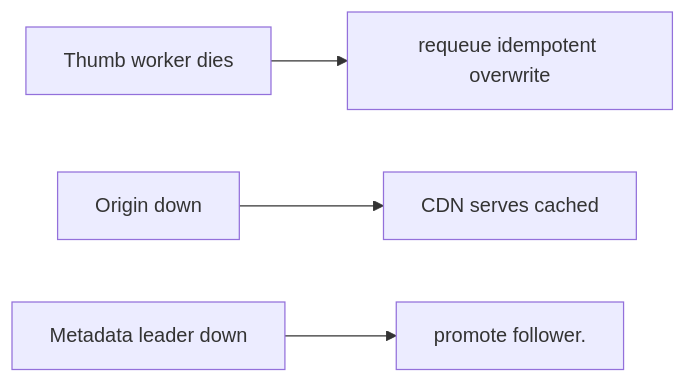
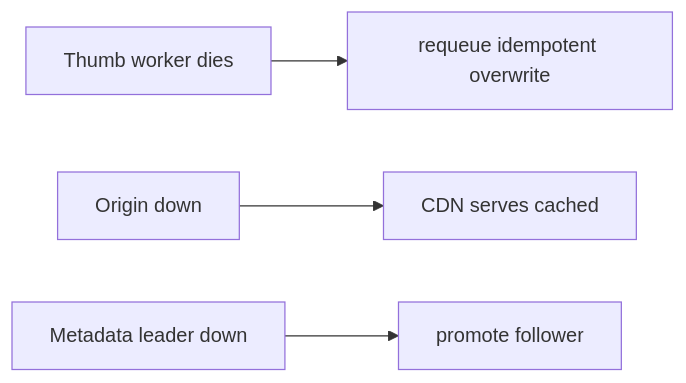
One commit to RIT-MESH/system-design-mastery changed the third of 3 diagrams in case-studies/intermediate/photo-sharing-platform.md. Above: the diagram before and after it, drawn with Mermaid. The commit also changed other lines of this file and 215 other files, not shown here.

First line of the commit message:
Complete all remaining work: expand case studies, add 13 AI case studies, fix diagrams, status to Complete

````diff
--- a/case-studies/intermediate/photo-sharing-platform.md
+++ b/case-studies/intermediate/photo-sharing-platform.md
@@ -134,13 +166,13 @@
 ```mermaid
 %% created-for: system-design-mastery
 flowchart LR
   C1["Thumb worker dies"]
   R2["requeue idempotent overwrite"]
   C1 --> R2
   C3["Origin down"]
   R4["CDN serves cached"]
   C3 --> R4
   C5["Metadata leader down"]
-  R6["promote follower."]
+  R6["promote follower"]
   C5 --> R6
 ```
````
